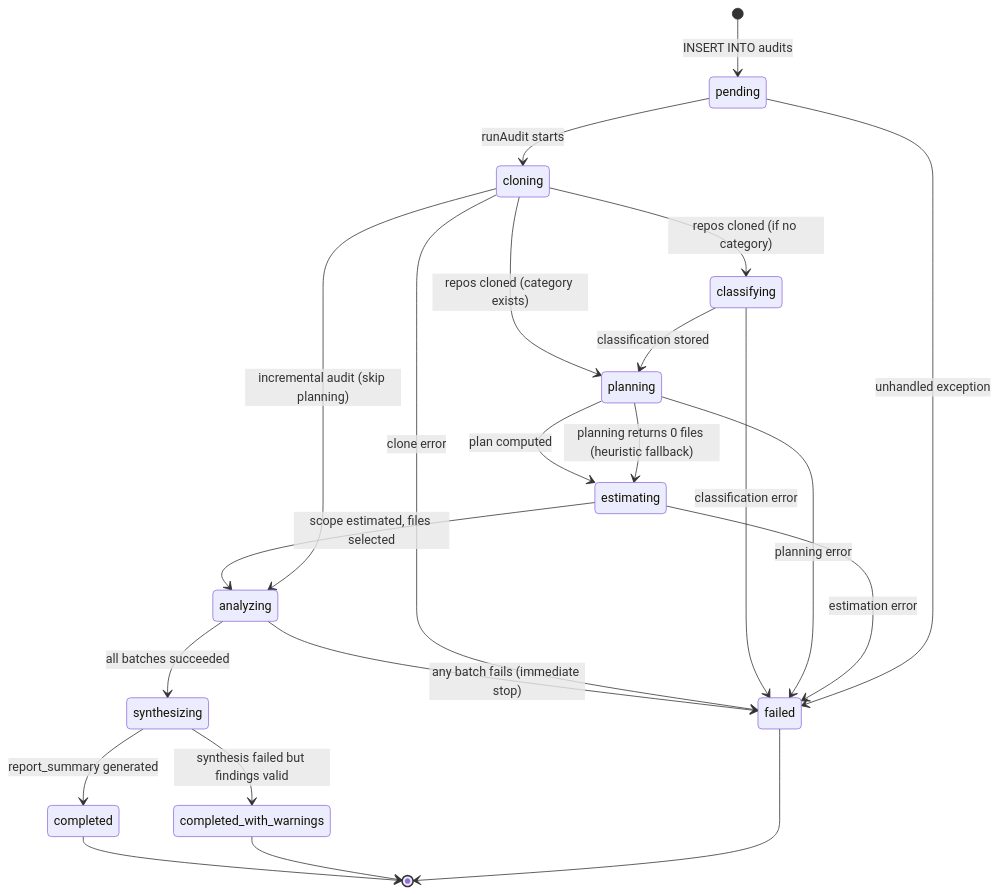
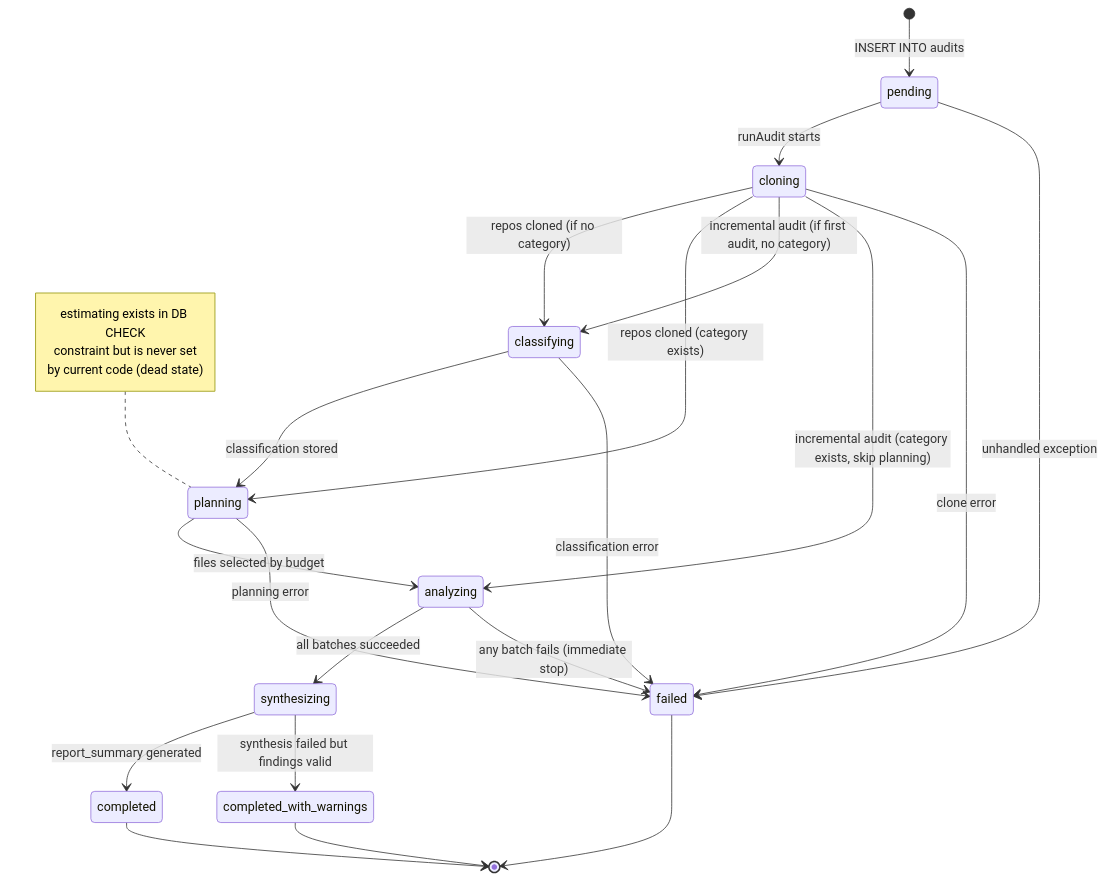
Before and after one commit to epoberezkin/codewatch: the first of 4 diagrams in spec/diagrams/state-machines.md, drawn with Mermaid. The commit also changed 61 other files, not shown here.

````diff
--- a/spec/diagrams/state-machines.md
+++ b/spec/diagrams/state-machines.md
@@ -5,34 +5,36 @@
 ```mermaid
 stateDiagram-v2
     [*] --> pending : INSERT INTO audits
 
     pending --> cloning : runAudit starts
 
     cloning --> classifying : repos cloned (if no category)
     cloning --> planning : repos cloned (category exists)
 
     classifying --> planning : classification stored
 
-    planning --> estimating : plan computed
-    planning --> estimating : planning returns 0 files (heuristic fallback)
+    planning --> analyzing : files selected by budget
 
-    estimating --> analyzing : scope estimated, files selected
-
-    cloning --> analyzing : incremental audit (skip planning)
+    cloning --> classifying : incremental audit (if first audit, no category)
+    cloning --> analyzing : incremental audit (category exists, skip planning)
 
     analyzing --> synthesizing : all batches succeeded
     analyzing --> failed : any batch fails (immediate stop)
 
     synthesizing --> completed : report_summary generated
     synthesizing --> completed_with_warnings : synthesis failed but findings valid
 
     cloning --> failed : clone error
     classifying --> failed : classification error
     planning --> failed : planning error
-    estimating --> failed : estimation error
+    note left of planning
+        estimating exists in DB CHECK
+        constraint but is never set
+        by current code (dead state)
+    end note
     pending --> failed : unhandled exception
 
     completed --> [*]
     completed_with_warnings --> [*]
     failed --> [*]
 ```
````
